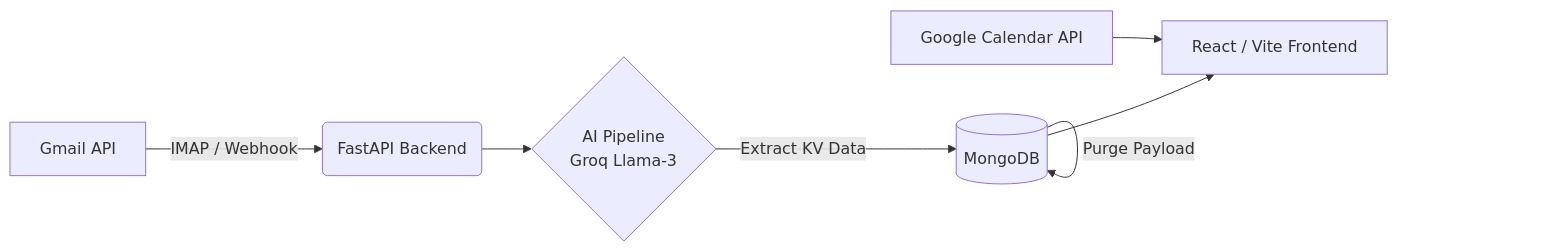
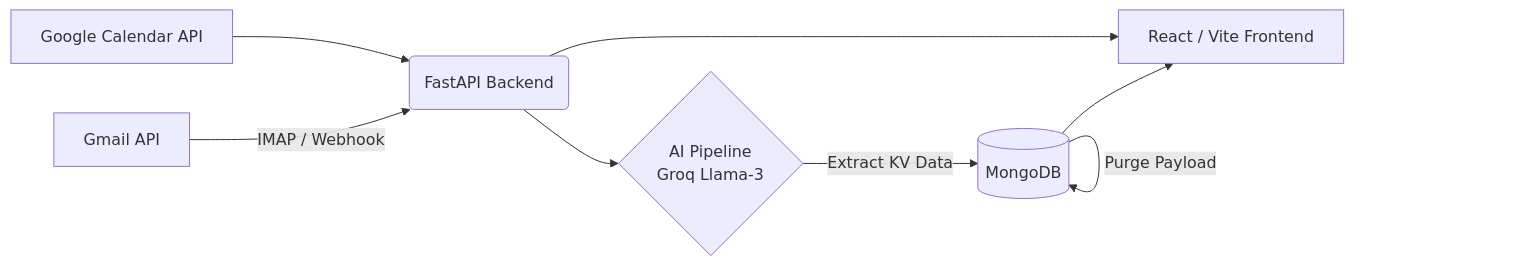
One commit to Jaswanth-K1210/Nexus-Mail changed the diagram in README.md. Above: the diagram before and after it, drawn with Mermaid. The commit also changed other lines of this file, not shown here.

````diff
--- a/README.md
+++ b/README.md
@@ -46,9 +50,10 @@
 ```mermaid
 graph LR
     A[Gmail API] -->|IMAP / Webhook| B(FastAPI Backend)
     B --> C{AI Pipeline\nGroq Llama-3}
     C -->|Extract KV Data| D[(MongoDB)]
     D -->|Purge Payload| D
     D --> E[React / Vite Frontend]
-    F[Google Calendar API] --> E
+    F[Google Calendar API] --> B
+    B --> E
 ```
````
